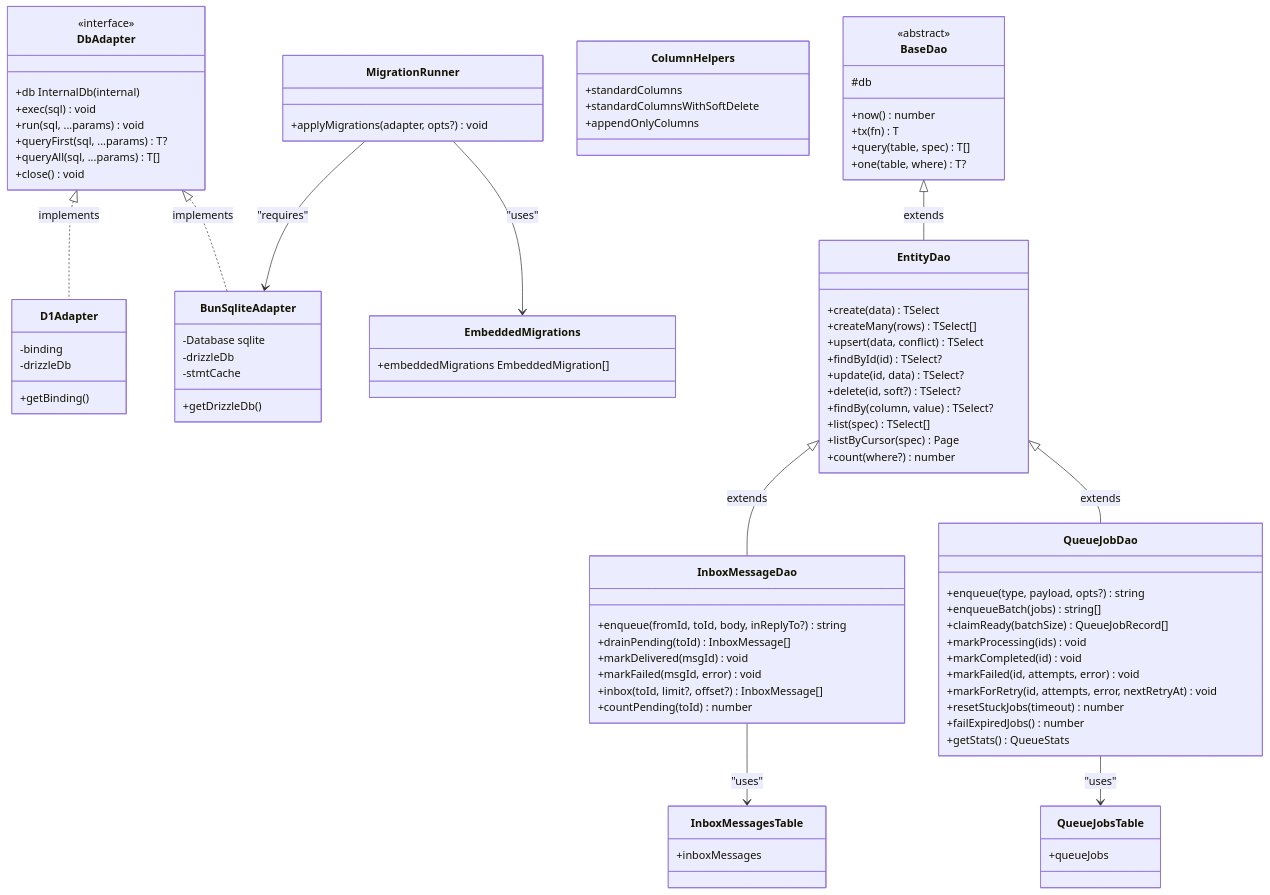
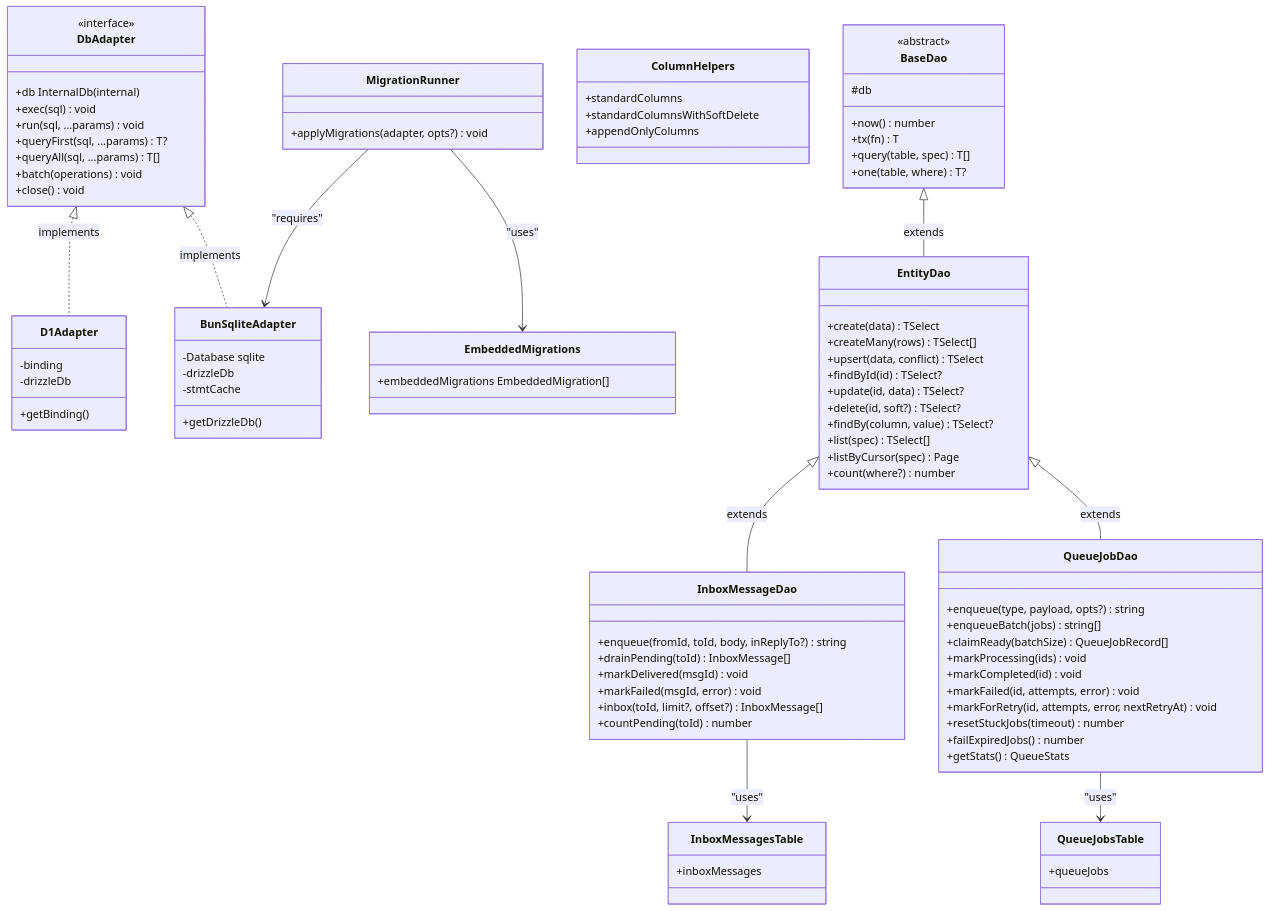
The diagram in packages/db/README.md (gobing-ai/ts-libs), drawn with Mermaid before and after one commit. The commit also changed other lines of this file and 28 other files, not shown here.

```diff
--- a/packages/db/README.md
+++ b/packages/db/README.md
@@ -52,6 +52,7 @@
         +run(sql, ...params) void
         +queryFirst(sql, ...params) T?
         +queryAll(sql, ...params) T[]
+        +batch(operations) void
         +close() void
     }
 
```
